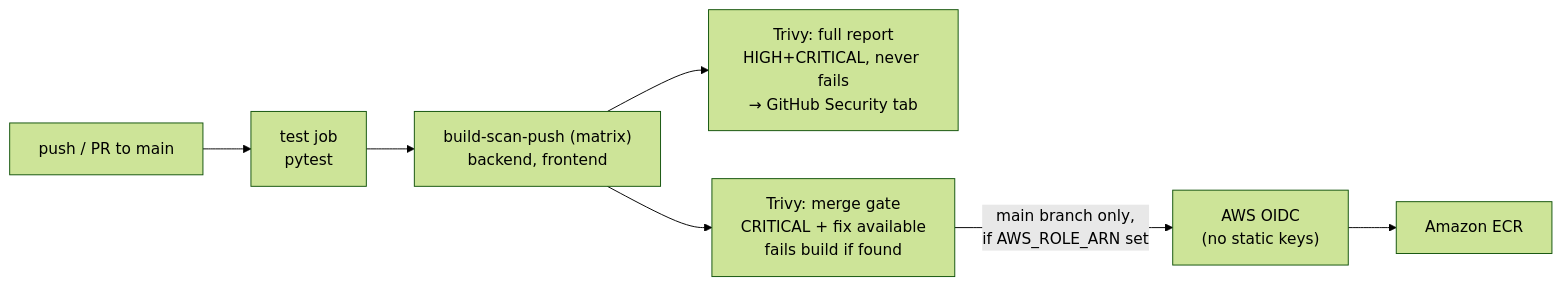
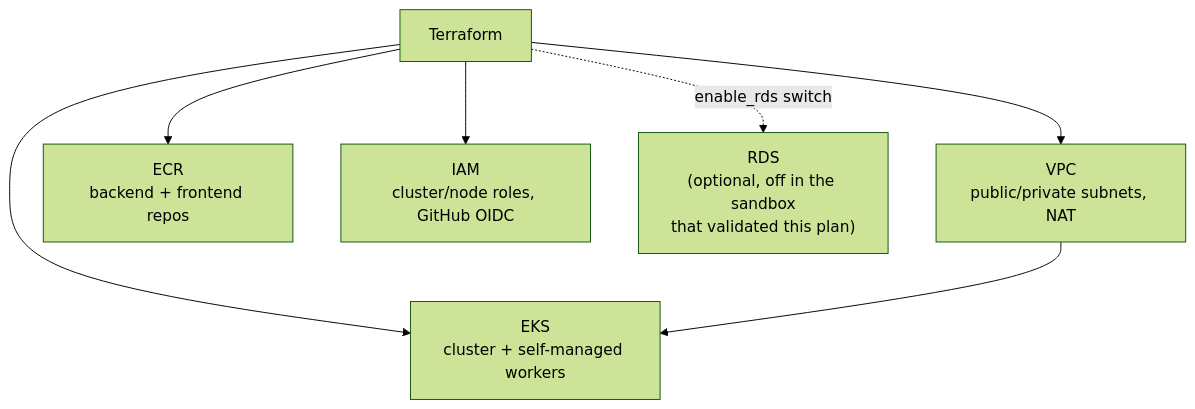
The second of 2 diagrams in README.md (AkhilTejaDoosari/cloudforge-platform), drawn with Mermaid (forest theme) before and after one commit. The commit also changed other lines of this file and 11 other files, not shown here.

````diff
--- a/README.md
+++ b/README.md
@@ -173,9 +48,9 @@
 ```mermaid
-flowchart LR
-    Push["push / PR to main"] --> Test["test job<br/>pytest"]
-    Test --> Build["build-scan-push (matrix)<br/>backend, frontend"]
-    Build --> Trivy1["Trivy: full report<br/>HIGH+CRITICAL, never fails<br/>→ GitHub Security tab"]
-    Build --> Trivy2["Trivy: merge gate<br/>CRITICAL + fix available<br/>fails build if found"]
-    Trivy2 -->|"main branch only,<br/>if AWS_ROLE_ARN set"| OIDC["AWS OIDC<br/>(no static keys)"]
-    OIDC --> ECR["Amazon ECR"]
+flowchart TB
+    TF["Terraform"] --> VPC["VPC<br/>public/private subnets, NAT"]
+    TF --> EKS["EKS<br/>cluster + self-managed workers"]
+    TF --> ECR["ECR<br/>backend + frontend repos"]
+    TF --> IAM["IAM<br/>cluster/node roles, GitHub OIDC"]
+    TF -.->|enable_rds switch| RDS["RDS<br/>(optional, off in the sandbox<br/>that validated this plan)"]
+    VPC --> EKS
 ```
````
